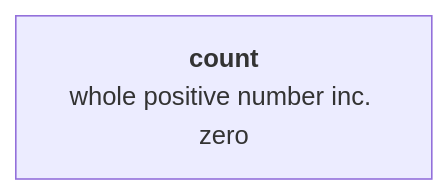
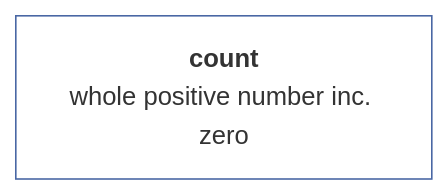
The second of 23 diagrams in docs/en-GB/vector.md (muzikp/retusa), drawn with Mermaid before and after one commit. The commit also changed other lines of this file and 17 other files, not shown here.

````diff
--- a/docs/en-GB/vector.md
+++ b/docs/en-GB/vector.md
@@ -64,4 +67,7 @@
 ```mermaid
 graph TD
-A[<b>count<br></b>whole positive number inc. zero]
+count[<b>count<br></b>whole positive number inc. zero]
+style count fill:#FFFFFF;
+style count stroke:#4967A4;
+
 ```
````
